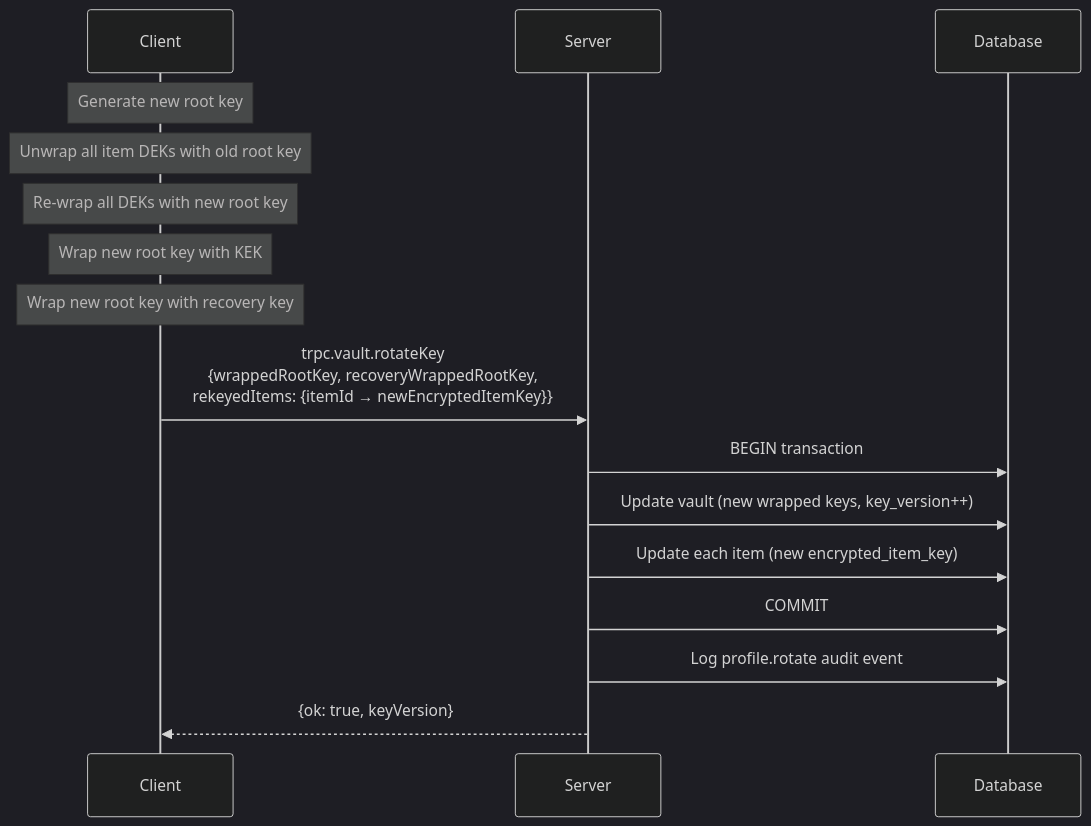
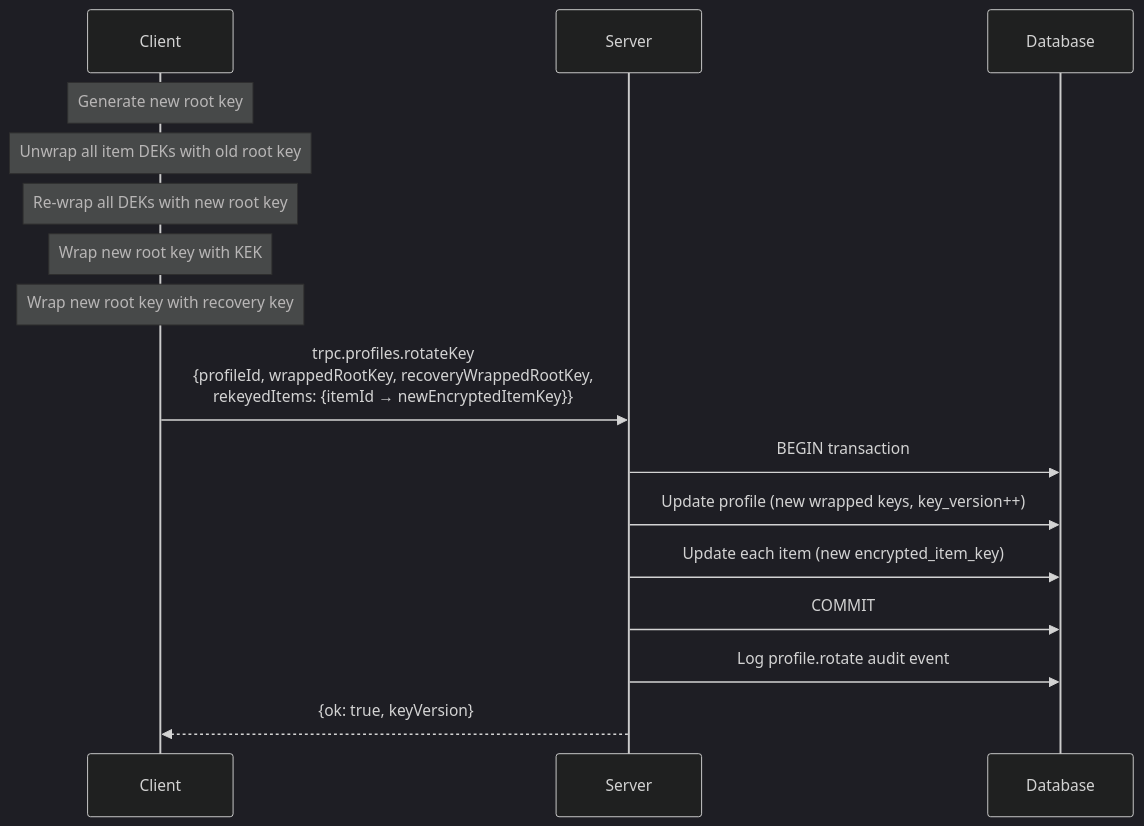
One commit to punitarani/abadge changed the third of 3 diagrams in docs/ENVELOPE_SPEC.md. Above: the diagram before and after it, drawn with Mermaid (dark theme). The commit also changed other lines of this file and 2 other files, not shown here.

Commit message:
docs(api): rewrite API.md as REST reference; remove vault.* references
Replace the tRPC-only API reference with a /v1 REST endpoint catalog
sourced from the OpenAPI 3.1 spec at /v1/openapi.json. Includes auth
header conventions, error envelope, rate limits, and pagination.

Also scrub the last namespace-level vault.* references from
ARCHITECTURE.md and ENVELOPE_SPEC.md; profile management flows
through profiles.* and POST /v1/orgs/{orgId}/profiles.

````diff
--- a/docs/ENVELOPE_SPEC.md
+++ b/docs/ENVELOPE_SPEC.md
@@ -208,20 +208,20 @@
 ```mermaid
 sequenceDiagram
   participant User as Client
   participant API as Server
   participant DB as Database
 
   Note over User: Generate new root key
   Note over User: Unwrap all item DEKs with old root key
   Note over User: Re-wrap all DEKs with new root key
   Note over User: Wrap new root key with KEK
   Note over User: Wrap new root key with recovery key
 
-  User->>API: trpc.vault.rotateKey<br/>{wrappedRootKey, recoveryWrappedRootKey,<br/>rekeyedItems: {itemId → newEncryptedItemKey}}
+  User->>API: trpc.profiles.rotateKey<br/>{profileId, wrappedRootKey, recoveryWrappedRootKey,<br/>rekeyedItems: {itemId → newEncryptedItemKey}}
   API->>DB: BEGIN transaction
-  API->>DB: Update vault (new wrapped keys, key_version++)
+  API->>DB: Update profile (new wrapped keys, key_version++)
   API->>DB: Update each item (new encrypted_item_key)
   API->>DB: COMMIT
   API->>DB: Log profile.rotate audit event
   API-->>User: {ok: true, keyVersion}
 ```
````
